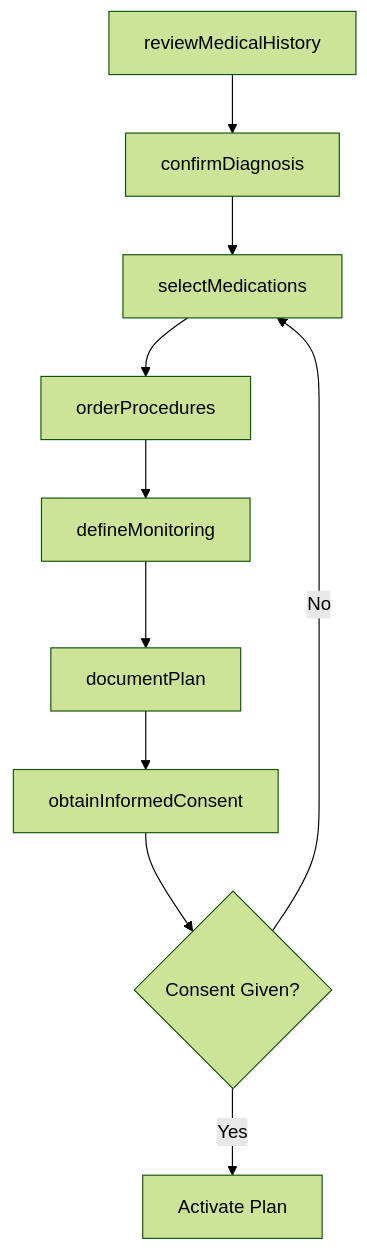
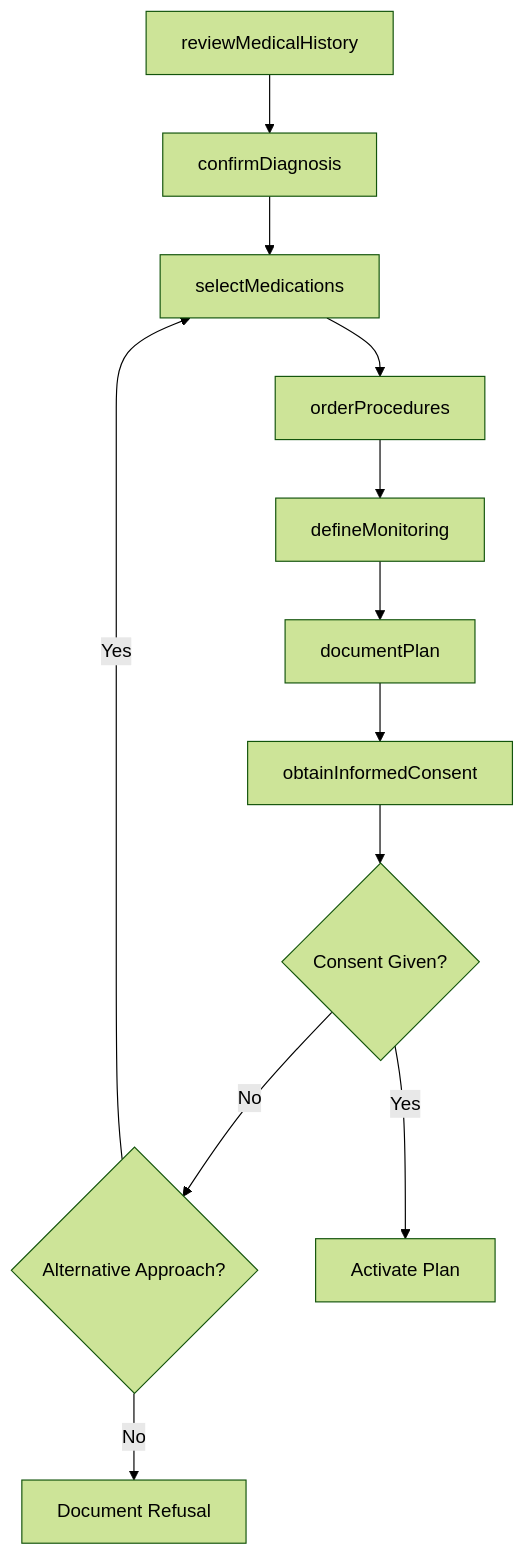
The third of 4 diagrams in ThinkingCreatively/DevelopPatientOrClientCareOrTreatmentPlans/DevelopMedicalTreatmentPlans.mdx (dot-org-ai/tasks.org.ai), drawn with Mermaid (forest theme) before and after one commit. The commit also changed other lines of this file and 504 other files, not shown here.

First line of the commit message:
feat: Add ER diagrams, state diagrams, and workflow improvements to 96 DWA task files

````diff
--- a/ThinkingCreatively/DevelopPatientOrClientCareOrTreatmentPlans/DevelopMedicalTreatmentPlans.mdx
+++ b/ThinkingCreatively/DevelopPatientOrClientCareOrTreatmentPlans/DevelopMedicalTreatmentPlans.mdx
@@ -87,12 +117,14 @@
 ```mermaid
 graph TD
     A[reviewMedicalHistory] --> B[confirmDiagnosis]
     B --> C[selectMedications]
     C --> D[orderProcedures]
     D --> E[defineMonitoring]
     E --> F[documentPlan]
     F --> G[obtainInformedConsent]
     G --> H{Consent Given?}
-    H -->|Yes| I[Activate Plan]
-    H -->|No| C
+    H -->|No| I{Alternative Approach?}
+    I -->|Yes| C
+    I -->|No| J[Document Refusal]
+    H -->|Yes| K[Activate Plan]
 ```
````
